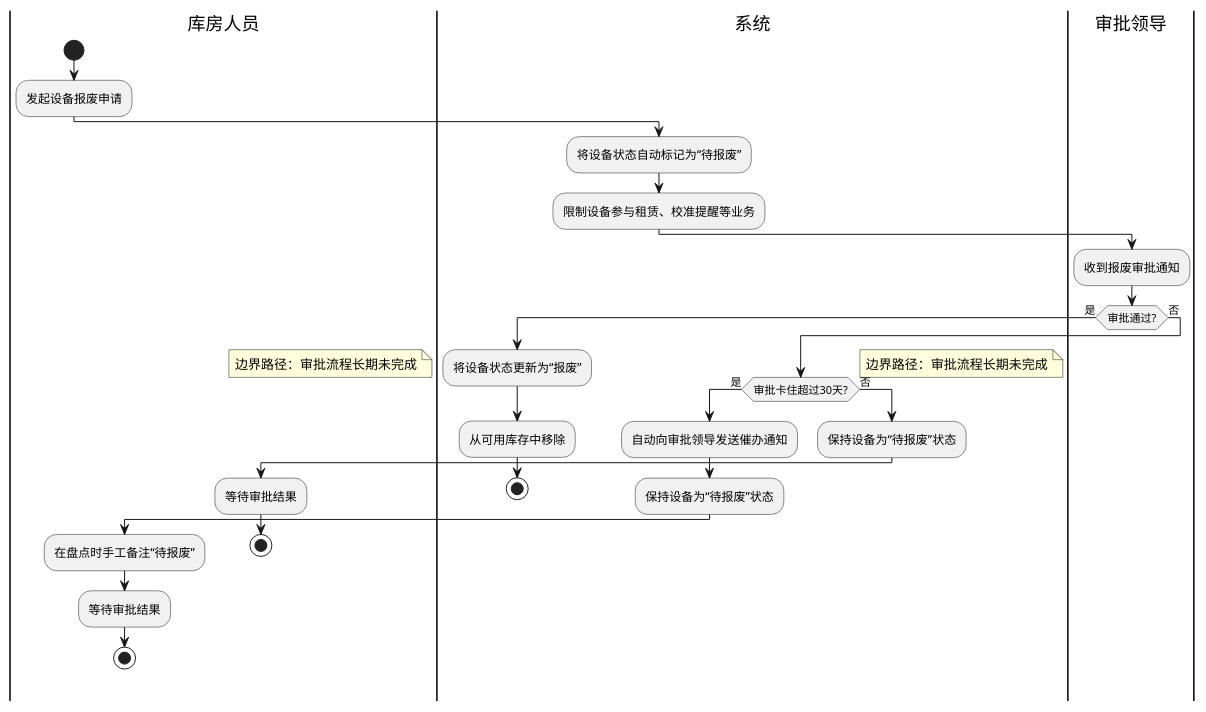
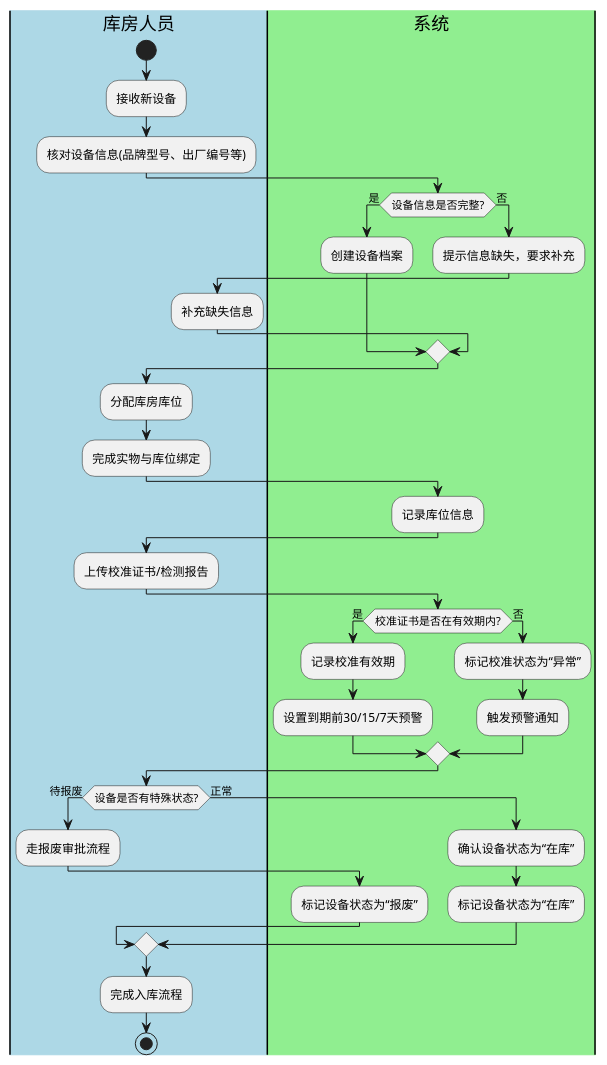
One commit to JiangHuanzhen/medical-device-rental-system changed the third of 5 diagrams in .claude/knowledge-base/wiki/summaries/行为模型图-20260626-v1.puml. Above: the diagram before and after it, drawn with PlantUML. The commit also changed other lines of this file and 30 other files, not shown here.

```diff
--- a/.claude/knowledge-base/wiki/summaries/行为模型图-20260626-v1.puml
+++ b/.claude/knowledge-base/wiki/summaries/行为模型图-20260626-v1.puml
@@ -115,34 +120,50 @@
 @startuml
-|库房人员|
+|#LightBlue|库房人员|
 start
-:发起设备报废申请;
-|系统|
-:将设备状态自动标记为“待报废”;
-:限制设备参与租赁、校准提醒等业务;
-|审批领导|
-:收到报废审批通知;
-if (审批通过?) then (是)
-  |系统|
-  :将设备状态更新为“报废”;
-  :从可用库存中移除;
-  stop
+:接收新设备;
+:核对设备信息(品牌型号、出厂编号等);
+
+|#LightGreen|系统|
+if (设备信息是否完整?) then (是)
+  :创建设备档案;
 else (否)
-  if (审批卡住超过30天?) then (是)
-    note right: 边界路径：审批流程长期未完成
-    |系统|
-    :自动向审批领导发送催办通知;
-    :保持设备为“待报废”状态;
-    |库房人员|
-    :在盘点时手工备注“待报废”;
-    :等待审批结果;
-    stop
-  else (否)
-    |系统|
-    :保持设备为“待报废”状态;
-    |库房人员|
-    :等待审批结果;
-    stop
-  endif
+  :提示信息缺失，要求补充;
+  |#LightBlue|库房人员|
+  :补充缺失信息;
 endif
 
+|#LightBlue|库房人员|
+:分配库房库位;
+:完成实物与库位绑定;
+
+|#LightGreen|系统|
+:记录库位信息;
+
+|#LightBlue|库房人员|
+:上传校准证书/检测报告;
+
+|#LightGreen|系统|
+if (校准证书是否在有效期内?) then (是)
+  :记录校准有效期;
+  :设置到期前30/15/7天预警;
+else (否)
+  :标记校准状态为“异常”;
+  :触发预警通知;
+endif
+
+|#LightBlue|库房人员|
+if (设备是否有特殊状态?) then (待报废)
+  :走报废审批流程;
+  |#LightGreen|系统|
+  :标记设备状态为“报废”;
+else (正常)
+  :确认设备状态为“在库”;
+  |#LightGreen|系统|
+  :标记设备状态为“在库”;
+endif
+
+|#LightBlue|库房人员|
+:完成入库流程;
+stop
+
 @enduml
```
